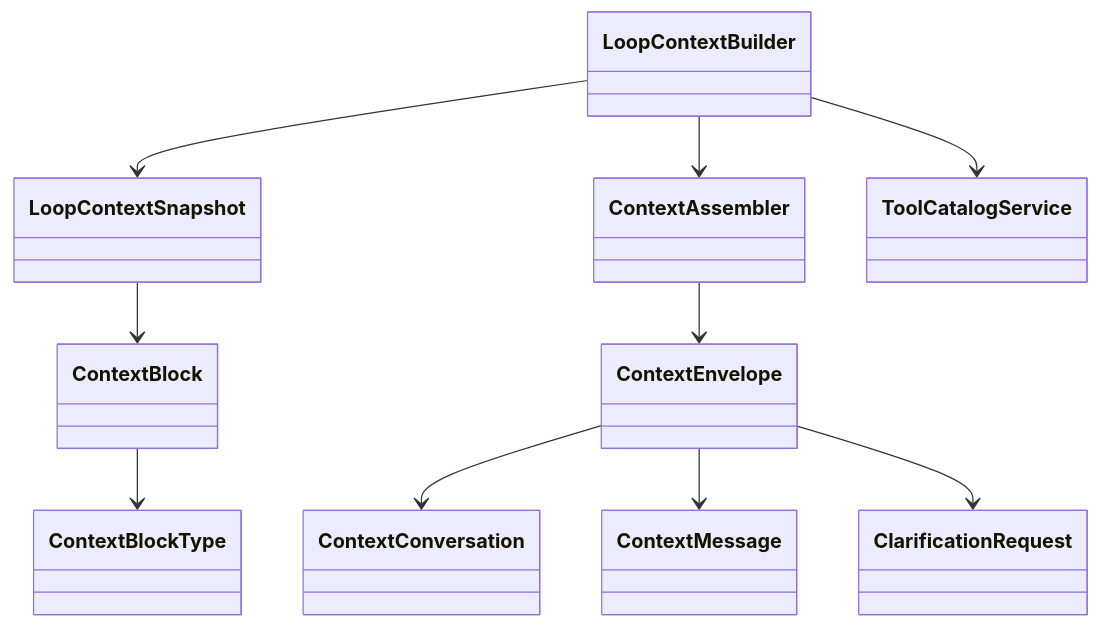
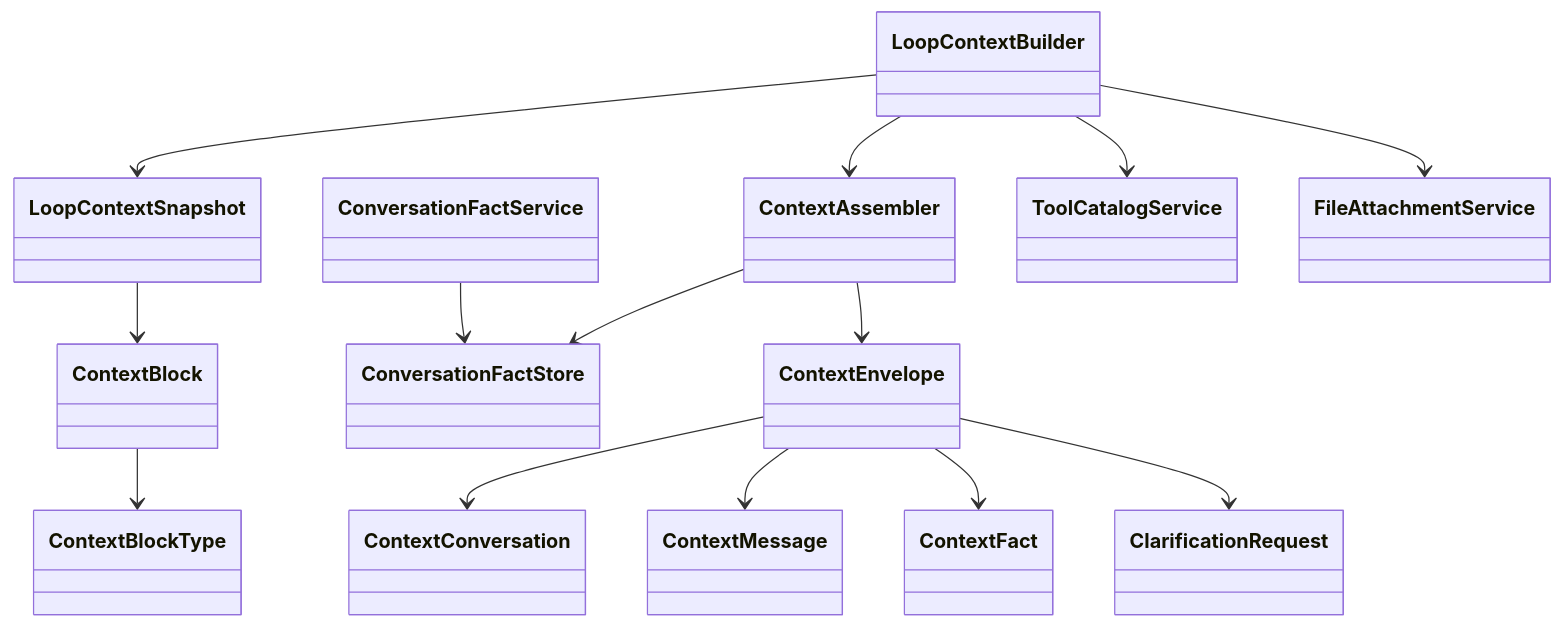
Before and after one commit to funjson/meta-agent: the diagram in backend/src/main/java/com/funjson/metaagent/context/README.md, drawn with Mermaid. The commit also changed other lines of this file and 120 other files, not shown here.

````diff
--- a/backend/src/main/java/com/funjson/metaagent/context/README.md
+++ b/backend/src/main/java/com/funjson/metaagent/context/README.md
@@ -17,23 +17,31 @@
 ```mermaid
 classDiagram
   class LoopContextBuilder
   class ContextAssembler
   class ContextEnvelope
+  class ContextFact
+  class ConversationFactService
+  class ConversationFactStore
   class ContextConversation
   class ContextMessage
   class ClarificationRequest
   class LoopContextSnapshot
   class ContextBlock
   class ContextBlockType
   class ToolCatalogService
+  class FileAttachmentService
 
   ContextAssembler --> ContextEnvelope
+  ContextAssembler --> ConversationFactStore
   ContextEnvelope --> ContextConversation
   ContextEnvelope --> ContextMessage
+  ContextEnvelope --> ContextFact
   ContextEnvelope --> ClarificationRequest
+  ConversationFactService --> ConversationFactStore
   LoopContextBuilder --> LoopContextSnapshot
   LoopContextBuilder --> ContextAssembler
+  LoopContextBuilder --> FileAttachmentService
   LoopContextSnapshot --> ContextBlock
   ContextBlock --> ContextBlockType
   LoopContextBuilder --> ToolCatalogService
 ```
````
